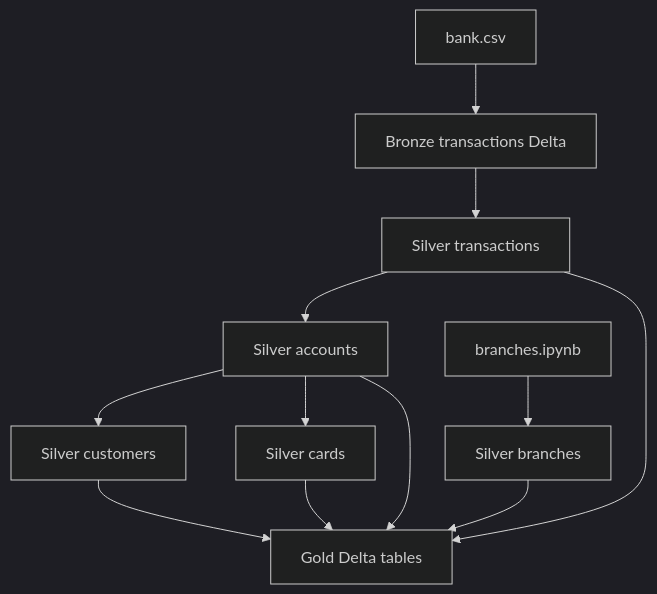
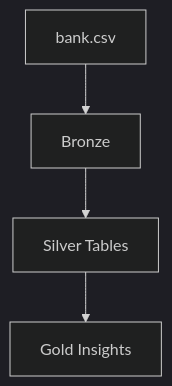
The diagram in README.md (Siddhardha2330/Banking-Transactions-Lakehouse-Project-Selected-Dataset-Edition), drawn with Mermaid (dark theme) before and after one commit. The commit also changed other lines of this file, not shown here.

````diff
--- a/README.md
+++ b/README.md
@@ -30,23 +24,9 @@
 ```mermaid
 flowchart TB
   CSV[bank.csv]
-  B[Bronze transactions Delta]
-  ST[Silver transactions]
-  SA[Silver accounts]
-  BRN[branches.ipynb]
-  SB[Silver branches]
-  SCu[Silver customers]
-  SC[Silver cards]
-  G[Gold Delta tables]
-  CSV --> B
-  B --> ST
-  ST --> SA
-  SA --> SCu
-  SA --> SC
-  BRN --> SB
-  ST --> G
-  SA --> G
-  SB --> G
-  SCu --> G
-  SC --> G
+  B[Bronze]
+  S[Silver Tables]
+  G[Gold Insights]
+
+  CSV --> B --> S --> G
 ```
````
